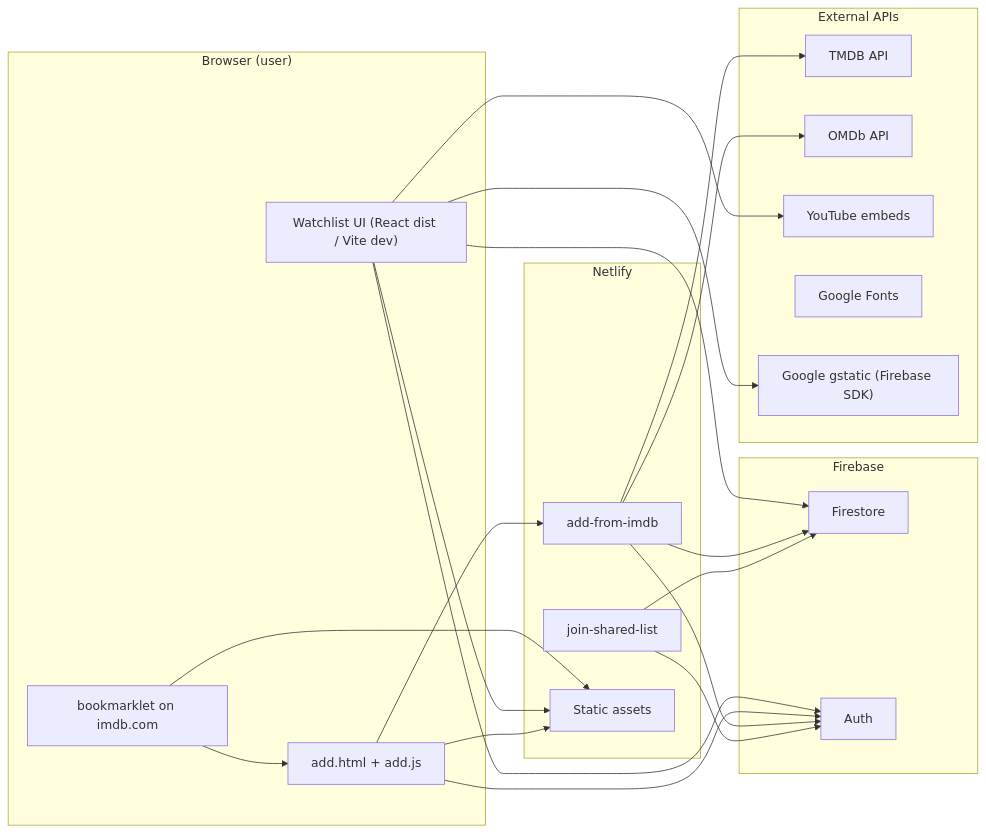
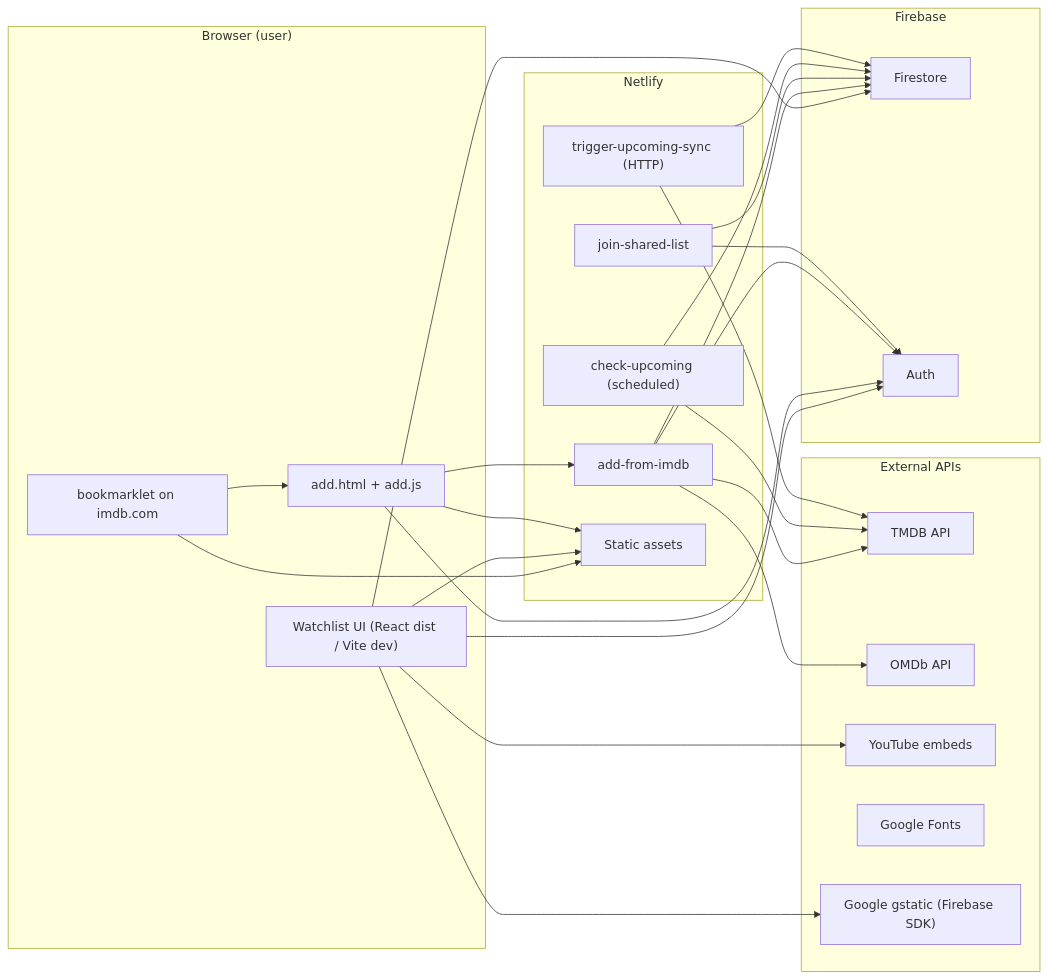
One commit to maulbogat/watchlist-app changed the first of 5 diagrams in system-design.md. Above: the diagram before and after it, drawn with Mermaid. The commit also changed other lines of this file and 3 other files, not shown here.

````diff
--- a/system-design.md
+++ b/system-design.md
@@ -276,46 +278,52 @@
 ```mermaid
 flowchart LR
   subgraph Browser["Browser (user)"]
     SPA["Watchlist UI (React dist / Vite dev)"]
     ADD["add.html + add.js"]
     BM["bookmarklet on imdb.com"]
   end
 
   subgraph Netlify["Netlify"]
     NF1["add-from-imdb"]
     NF2["join-shared-list"]
+    NF3["check-upcoming (scheduled)"]
+    NF4["trigger-upcoming-sync (HTTP)"]
     Static["Static assets"]
   end
 
   subgraph Firebase["Firebase"]
     FS["Firestore"]
     FA["Auth"]
   end
 
   subgraph External["External APIs"]
     TMDB["TMDB API"]
     OMDb["OMDb API"]
     YT["YouTube embeds"]
     GFonts["Google Fonts"]
     Gstatic["Google gstatic (Firebase SDK)"]
   end
 
   SPA --> Gstatic
   SPA --> FA
   SPA --> FS
   ADD --> FA
   ADD --> NF1
   BM --> ADD
   BM --> Static
   SPA --> Static
   ADD --> Static
 
   NF1 --> FS
   NF1 --> FA
   NF1 --> TMDB
   NF1 --> OMDb
   NF2 --> FS
   NF2 --> FA
+  NF3 --> FS
+  NF3 --> TMDB
+  NF4 --> FS
+  NF4 --> TMDB
 
   SPA --> YT
 ```
````
